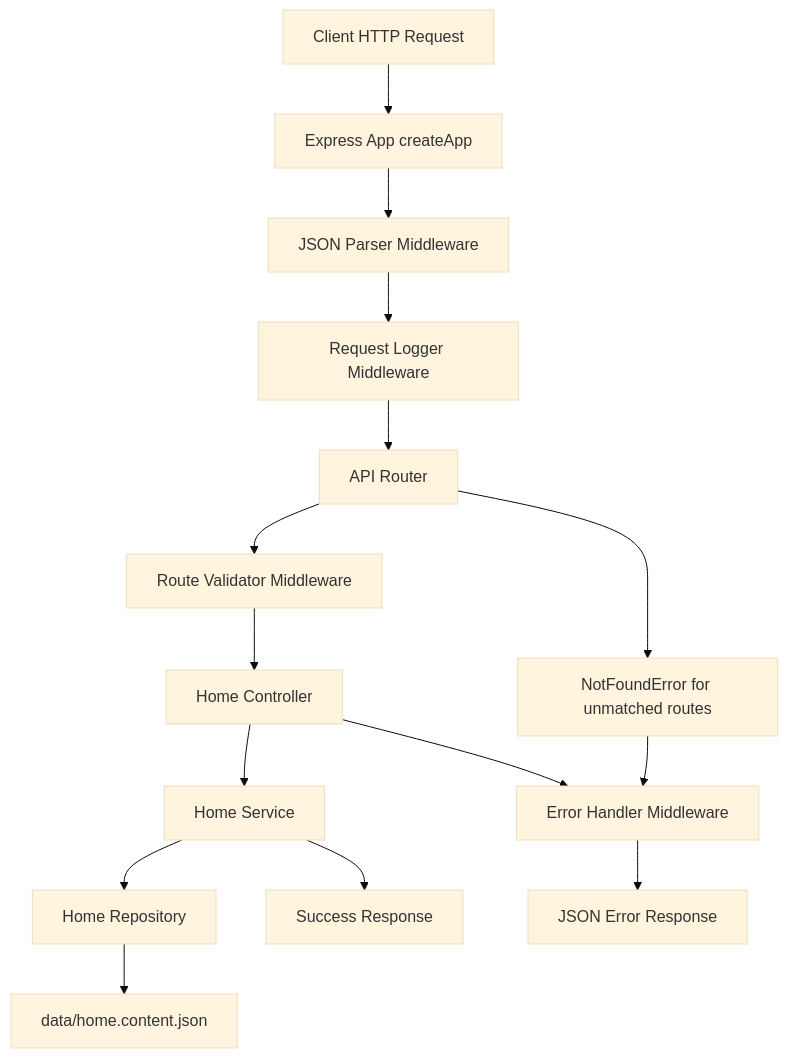
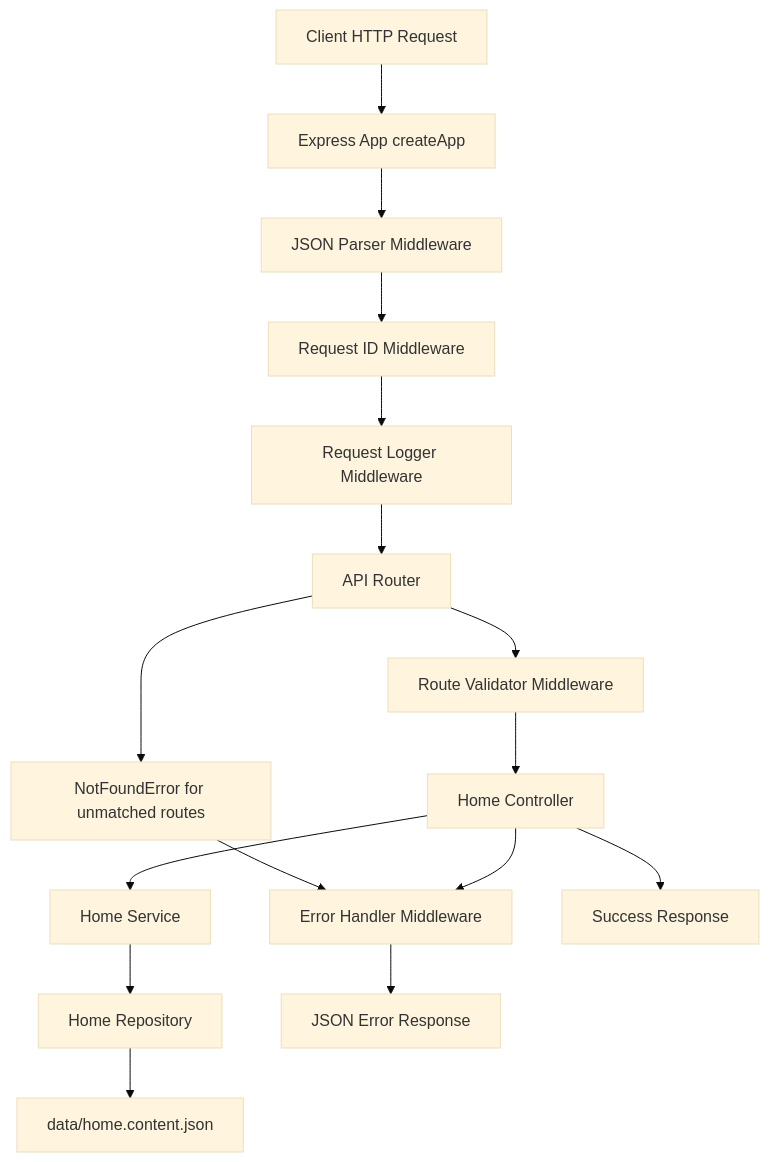
One commit to AlbertoBasalo/express2026 changed the second of 2 diagrams in project/ADD.md. Above: the diagram before and after it, drawn with Mermaid (base theme). The commit also changed other lines of this file and 7 other files, not shown here.

````diff
--- a/project/ADD.md
+++ b/project/ADD.md
@@ -53,17 +53,18 @@
 ```mermaid
 flowchart TD
     A[Client HTTP Request] --> B[Express App createApp]
     B --> C[JSON Parser Middleware]
-    C --> D[Request Logger Middleware]
-    D --> E[API Router]
-    E --> F[Route Validator Middleware]
-    F --> G[Home Controller]
-    G --> H[Home Service]
-    H --> I[Home Repository]
-    I --> J[data/home.content.json]
-    E --> K[NotFoundError for unmatched routes]
-    K --> L[Error Handler Middleware]
-    G --> L
-    L --> M[JSON Error Response]
-    H --> N[Success Response]
+    C --> D[Request ID Middleware]
+    D --> E[Request Logger Middleware]
+    E --> F[API Router]
+    F --> G[Route Validator Middleware]
+    G --> H[Home Controller]
+    H --> I[Home Service]
+    I --> J[Home Repository]
+    J --> K[data/home.content.json]
+    F --> L[NotFoundError for unmatched routes]
+    L --> M[Error Handler Middleware]
+    H --> M
+    M --> N[JSON Error Response]
+    H --> O[Success Response]
 ```
````
